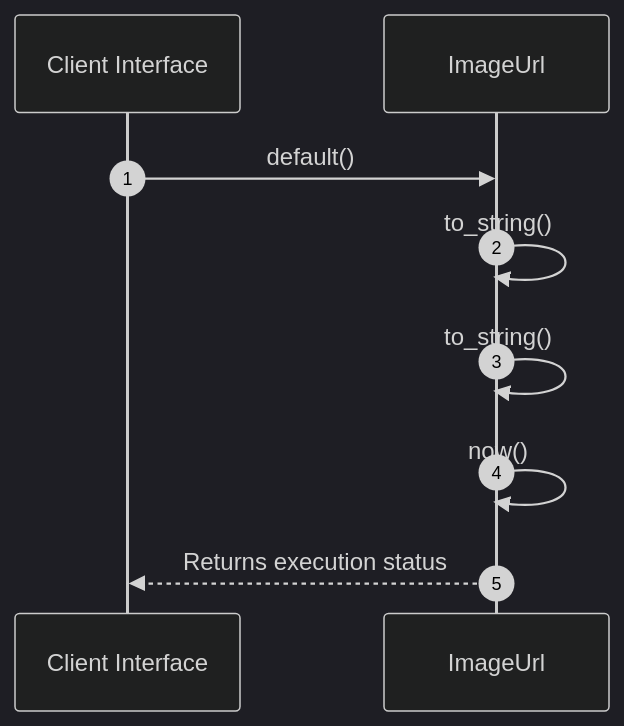
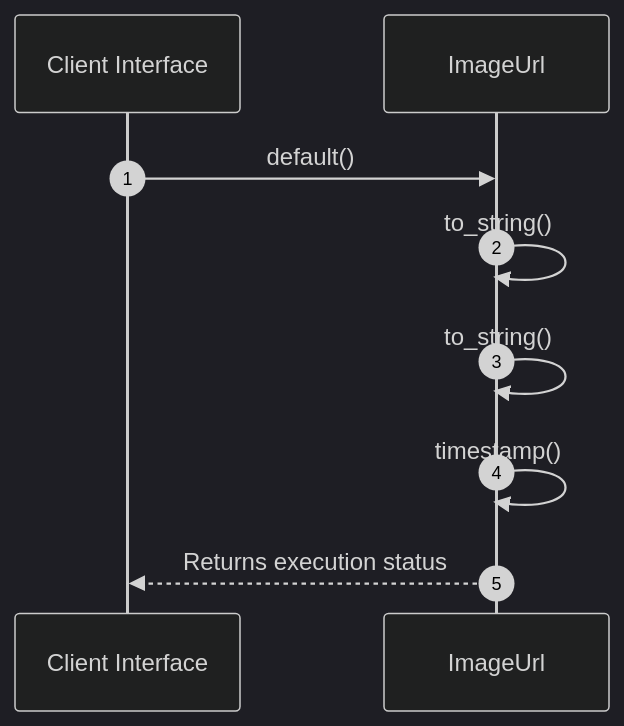
The second of 2 diagrams in openwiki/modules/src/application/dtos.md (lgcorzo/fastapi-autogen-team), drawn with Mermaid (dark theme) before and after one commit. The commit also changed other lines of this file and 33 other files, not shown here.

Commit message:
Fix PlantUML syntax, missing diagrams, and link formatting in doc generator

````diff
--- a/openwiki/modules/src/application/dtos.md
+++ b/openwiki/modules/src/application/dtos.md
@@ -95,11 +96,11 @@
 ```mermaid
 sequenceDiagram
     autonumber
     participant Caller as Client Interface
     participant Svc as ImageUrl
     Caller->>Svc: default()
     Svc->>Svc: to_string()
     Svc->>Svc: to_string()
-    Svc->>Svc: now()
+    Svc->>Svc: timestamp()
     Svc-->>Caller: Returns execution status
 ```
````
